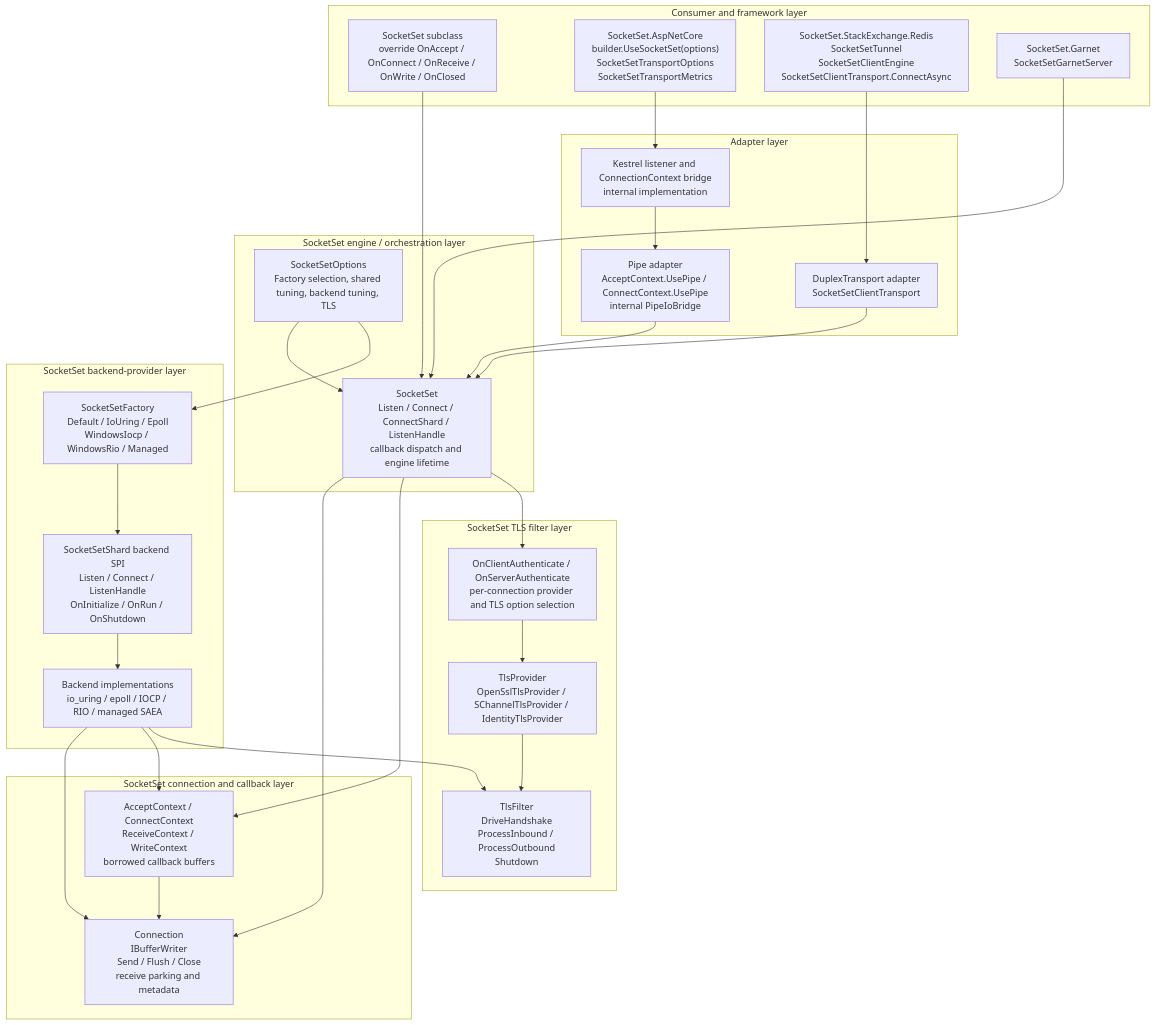
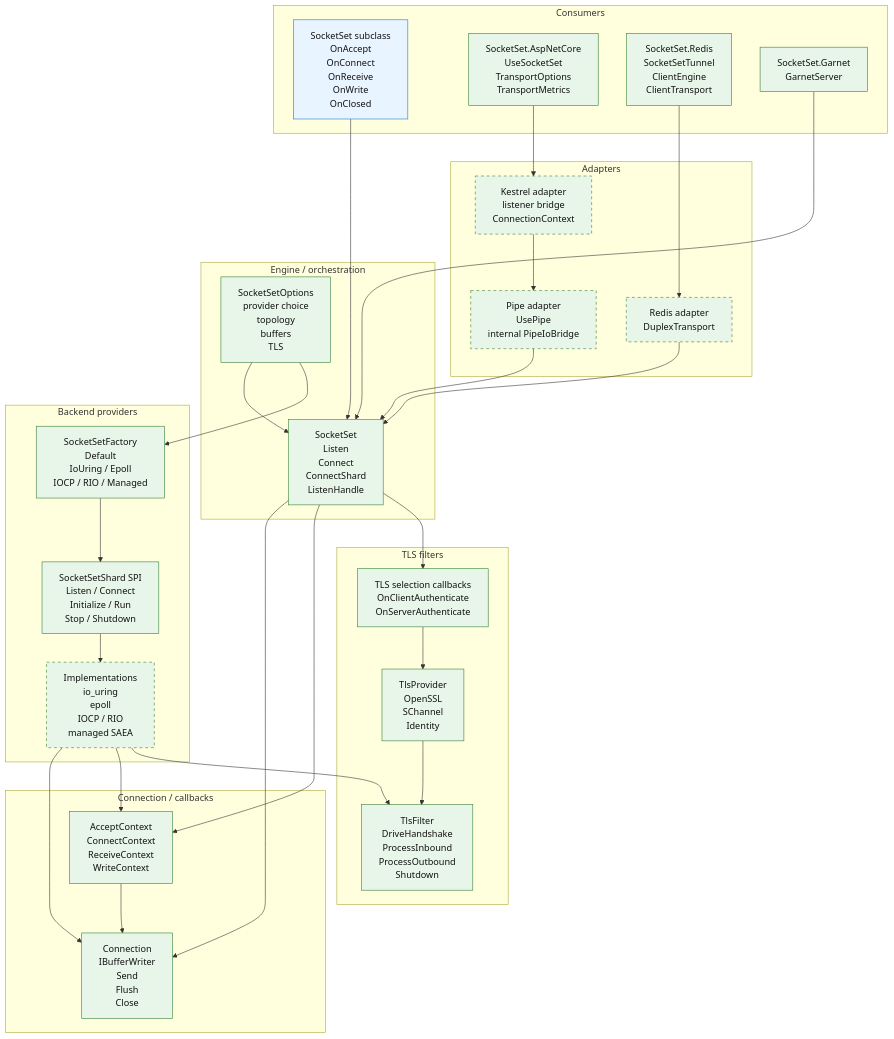
One commit to DeagleGross/Network-Transport-Experiments changed the first of 2 diagrams in socketset-public-api-map.md. Above: the diagram before and after it, drawn with Mermaid. The commit also changed other lines of this file and 1 other file, not shown here.

Commit message:
prettify

````diff
--- a/socketset-public-api-map.md
+++ b/socketset-public-api-map.md
@@ -11,58 +11,66 @@
 ```mermaid
 flowchart TB
-    subgraph Consumers["Consumer and framework layer"]
-        App["SocketSet subclass<br/>override OnAccept / OnConnect / OnReceive / OnWrite / OnClosed"]
-        Kestrel["SocketSet.AspNetCore<br/>builder.UseSocketSet(options)<br/>SocketSetTransportOptions<br/>SocketSetTransportMetrics"]
-        Redis["SocketSet.StackExchange.Redis<br/>SocketSetTunnel<br/>SocketSetClientEngine<br/>SocketSetClientTransport.ConnectAsync"]
-        Garnet["SocketSet.Garnet<br/>SocketSetGarnetServer"]
+    subgraph Consumers["Consumers"]
+        App["SocketSet subclass<br/>OnAccept<br/>OnConnect<br/>OnReceive<br/>OnWrite<br/>OnClosed"]
+        Kestrel["SocketSet.AspNetCore<br/>UseSocketSet<br/>TransportOptions<br/>TransportMetrics"]
+        Redis["SocketSet.Redis<br/>SocketSetTunnel<br/>ClientEngine<br/>ClientTransport"]
+        Garnet["SocketSet.Garnet<br/>GarnetServer"]
     end
 
-    subgraph Adapters["Adapter layer"]
-        PipeAdapter["Pipe adapter<br/>AcceptContext.UsePipe / ConnectContext.UsePipe<br/>internal PipeIoBridge"]
-        RedisAdapter["DuplexTransport adapter<br/>SocketSetClientTransport"]
-        KestrelAdapter["Kestrel listener and ConnectionContext bridge<br/>internal implementation"]
+    subgraph Adapters["Adapters"]
+        PipeAdapter["Pipe adapter<br/>UsePipe<br/>internal PipeIoBridge"]
+        RedisAdapter["Redis adapter<br/>DuplexTransport"]
+        KestrelAdapter["Kestrel adapter<br/>listener bridge<br/>ConnectionContext"]
     end
 
-    subgraph Engine["SocketSet engine / orchestration layer"]
-        Set["SocketSet<br/>Listen / Connect / ConnectShard / ListenHandle<br/>callback dispatch and engine lifetime"]
-        SetOptions["SocketSetOptions<br/>Factory selection, shared tuning, backend tuning, TLS"]
+    subgraph Engine["Engine / orchestration"]
+        Set["SocketSet<br/>Listen<br/>Connect<br/>ConnectShard<br/>ListenHandle"]
+        SetOptions["SocketSetOptions<br/>provider choice<br/>topology<br/>buffers<br/>TLS"]
     end
 
-    subgraph ConnectionLayer["SocketSet connection and callback layer"]
-        Connection["Connection<br/>IBufferWriter<byte><br/>Send / Flush / Close<br/>receive parking and metadata"]
-        Contexts["AcceptContext / ConnectContext<br/>ReceiveContext / WriteContext<br/>borrowed callback buffers"]
+    subgraph ConnectionLayer["Connection / callbacks"]
+        Connection["Connection<br/>IBufferWriter<br/>Send<br/>Flush<br/>Close"]
+        Contexts["AcceptContext<br/>ConnectContext<br/>ReceiveContext<br/>WriteContext"]
     end
 
-    subgraph TlsLayer["SocketSet TLS filter layer"]
-        TlsChoice["TlsProvider<br/>OpenSslTlsProvider / SChannelTlsProvider / IdentityTlsProvider"]
-        TlsFilter["TlsFilter<br/>DriveHandshake<br/>ProcessInbound / ProcessOutbound<br/>Shutdown"]
-        TlsCallbacks["OnClientAuthenticate / OnServerAuthenticate<br/>per-connection provider and TLS option selection"]
+    subgraph TlsLayer["TLS filters"]
+        TlsChoice["TlsProvider<br/>OpenSSL<br/>SChannel<br/>Identity"]
+        TlsFilter["TlsFilter<br/>DriveHandshake<br/>ProcessInbound<br/>ProcessOutbound<br/>Shutdown"]
+        TlsCallbacks["TLS selection callbacks<br/>OnClientAuthenticate<br/>OnServerAuthenticate"]
     end
 
-    subgraph ProviderLayer["SocketSet backend-provider layer"]
-        Factory["SocketSetFactory<br/>Default / IoUring / Epoll<br/>WindowsIocp / WindowsRio / Managed"]
-        Spi["SocketSetShard backend SPI<br/>Listen / Connect / ListenHandle<br/>OnInitialize / OnRun / OnShutdown"]
-        Backends["Backend implementations<br/>io_uring / epoll / IOCP / RIO / managed SAEA"]
+    subgraph ProviderLayer["Backend providers"]
+        Factory["SocketSetFactory<br/>Default<br/>IoUring / Epoll<br/>IOCP / RIO / Managed"]
+        Spi["SocketSetShard SPI<br/>Listen / Connect<br/>Initialize / Run<br/>Stop / Shutdown"]
+        Backends["Implementations<br/>io_uring<br/>epoll<br/>IOCP / RIO<br/>managed SAEA"]
     end
 
     App --> Set
     Kestrel --> KestrelAdapter
     Redis --> RedisAdapter
     Garnet --> Set
     KestrelAdapter --> PipeAdapter
     RedisAdapter --> Set
     PipeAdapter --> Set
     SetOptions --> Set
     Set --> Connection
     Set --> Contexts
     Contexts --> Connection
     Set --> TlsCallbacks
     TlsCallbacks --> TlsChoice
     TlsChoice --> TlsFilter
     SetOptions --> Factory
     Factory --> Spi
     Spi --> Backends
     Backends --> Connection
     Backends --> Contexts
     Backends --> TlsFilter
+
+    classDef consumer fill:#e8f4ff,stroke:#1976d2,color:#111
+    classDef existingAssembly fill:#e8f5e9,stroke:#2e7d32,color:#111
+    classDef existingInternal fill:#e8f5e9,stroke:#2e7d32,stroke-dasharray: 5 5,color:#111
+
+    class App consumer
+    class Kestrel,Redis,Garnet,Set,SetOptions,Connection,Contexts,TlsChoice,TlsFilter,TlsCallbacks,Factory,Spi existingAssembly
+    class PipeAdapter,RedisAdapter,KestrelAdapter,Backends existingInternal
 ```
````
